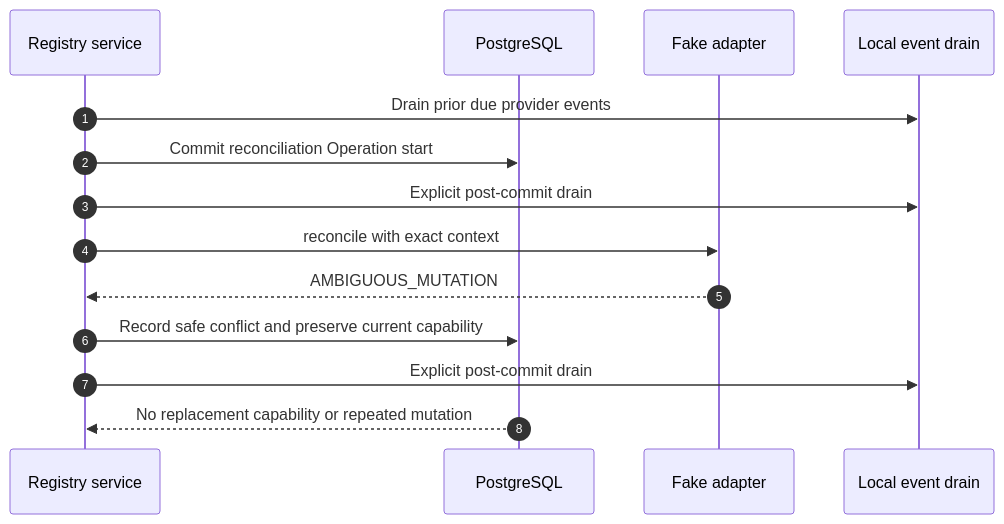
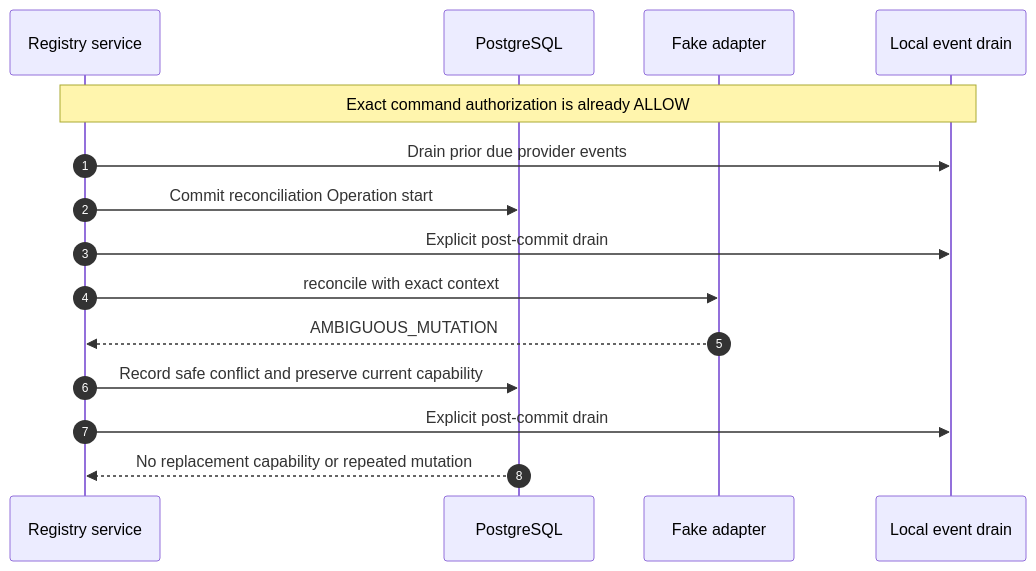
The second of 2 diagrams in docs/technical/m0-s9a-provider-registry-task-packet.md (faocampo/curve), drawn with Mermaid before and after one commit. The commit also changed other lines of this file and 22 other files, not shown here.

````diff
--- a/docs/technical/m0-s9a-provider-registry-task-packet.md
+++ b/docs/technical/m0-s9a-provider-registry-task-packet.md
@@ -239,17 +283,18 @@
 ```mermaid
 sequenceDiagram
     autonumber
     participant S as Registry service
     participant DB as PostgreSQL
     participant F as Fake adapter
     participant D as Local event drain
 
+    Note over S,D: Exact command authorization is already ALLOW
     S->>D: Drain prior due provider events
     S->>DB: Commit reconciliation Operation start
     S->>D: Explicit post-commit drain
     S->>F: reconcile with exact context
     F-->>S: AMBIGUOUS_MUTATION
     S->>DB: Record safe conflict and preserve current capability
     S->>D: Explicit post-commit drain
     DB-->>S: No replacement capability or repeated mutation
 ```
````
